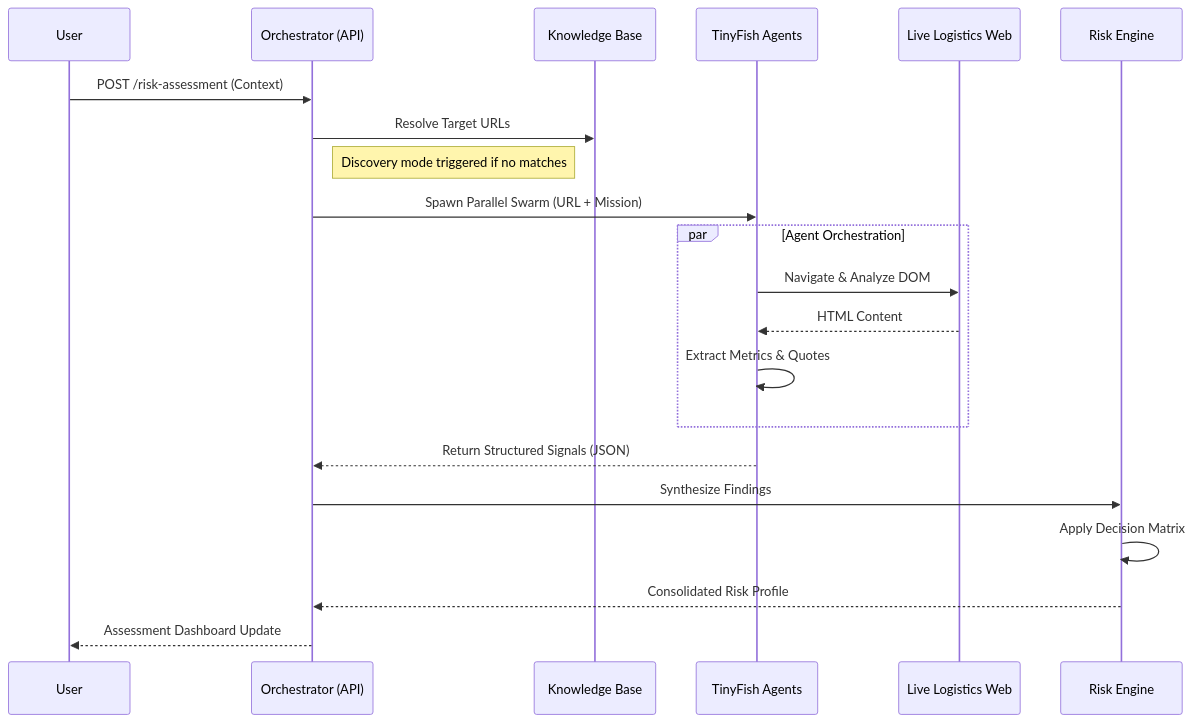
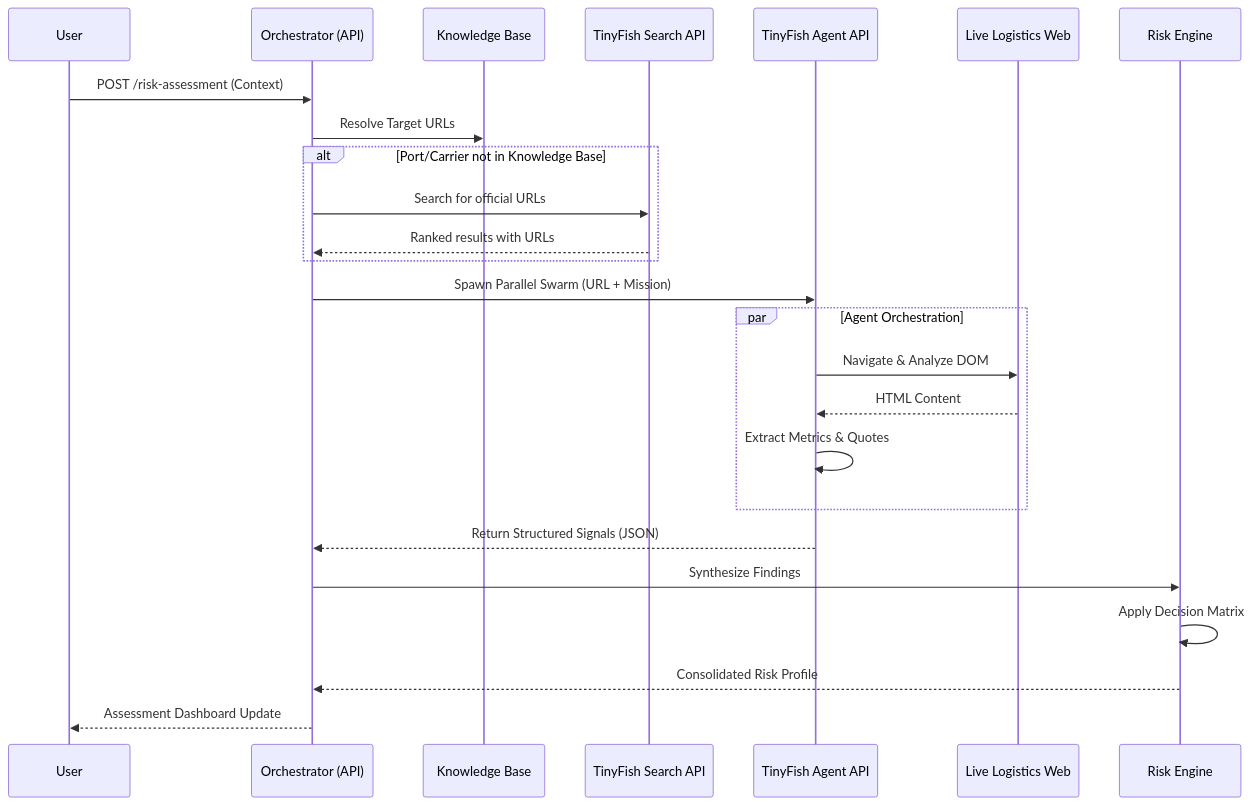
One commit to tinyfish-io/TinyFish-cookbook changed the first of 2 diagrams in logistics-sentry/README.md. Above: the diagram before and after it, drawn with Mermaid. The commit also changed other lines of this file, not shown here.

````diff
--- a/logistics-sentry/README.md
+++ b/logistics-sentry/README.md
@@ -15,27 +46,32 @@
 ```mermaid
 sequenceDiagram
     participant User
     participant API as Orchestrator (API)
     participant KB as Knowledge Base
-    participant TinyFish as TinyFish Agents
+    participant Search as TinyFish Search API
+    participant Agent as TinyFish Agent API
     participant Web as Live Logistics Web
     participant Logic as Risk Engine
 
     User->>API: POST /risk-assessment (Context)
     API->>KB: Resolve Target URLs
-    Note right of API: Discovery mode triggered if no matches
-    
-    API->>TinyFish: Spawn Parallel Swarm (URL + Mission)
-    
+
+    alt Port/Carrier not in Knowledge Base
+        API->>Search: Search for official URLs
+        Search-->>API: Ranked results with URLs
+    end
+
+    API->>Agent: Spawn Parallel Swarm (URL + Mission)
+
     par Agent Orchestration
-        TinyFish->>Web: Navigate & Analyze DOM
-        Web-->>TinyFish: HTML Content
-        TinyFish->>TinyFish: Extract Metrics & Quotes
+        Agent->>Web: Navigate & Analyze DOM
+        Web-->>Agent: HTML Content
+        Agent->>Agent: Extract Metrics & Quotes
     end
-    
-    TinyFish-->>API: Return Structured Signals (JSON)
+
+    Agent-->>API: Return Structured Signals (JSON)
     API->>Logic: Synthesize Findings
     Logic->>Logic: Apply Decision Matrix
     Logic-->>API: Consolidated Risk Profile
     API-->>User: Assessment Dashboard Update
 ```
````
